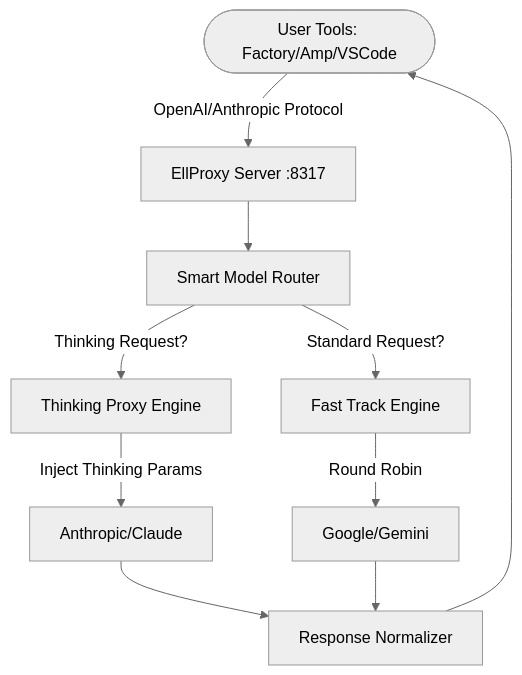
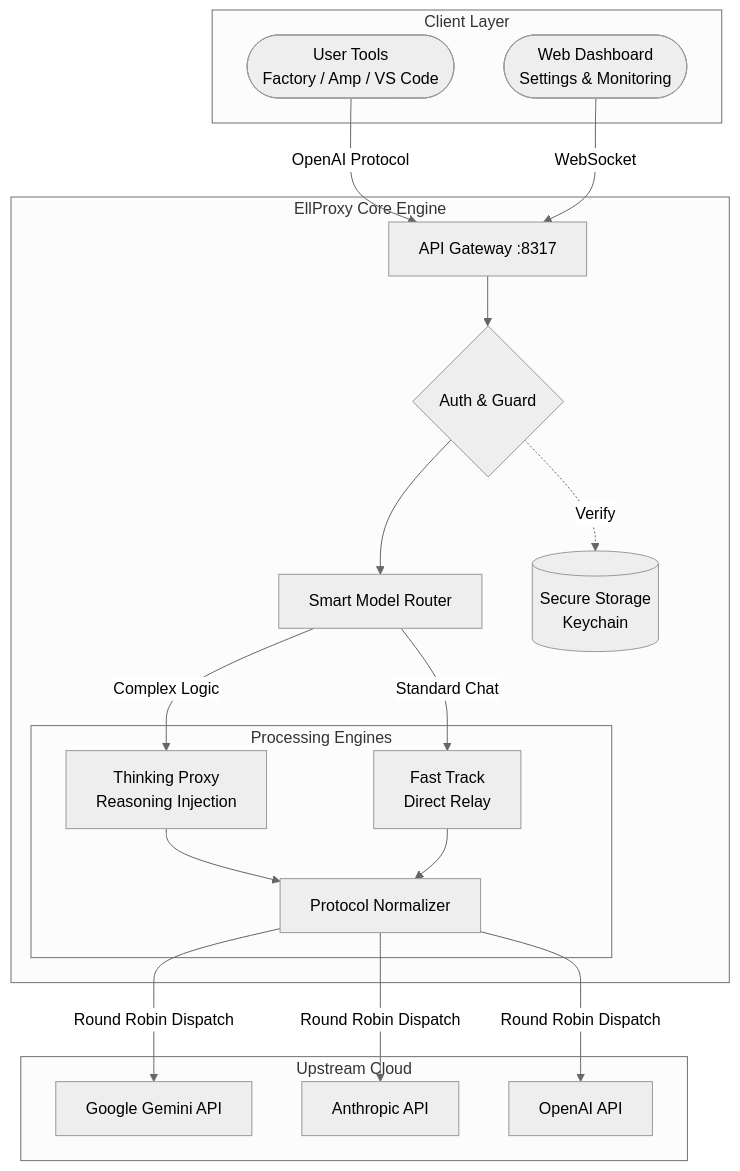
One commit to ellfarnaz/ellproxy changed the diagram in README.md. Above: the diagram before and after it, drawn with Mermaid (neutral theme).

Commit message:
docs: Enhance architecture diagram detail

````diff
--- a/README.md
+++ b/README.md
@@ -94,14 +94,40 @@
 ```mermaid
 graph TD
-    Client([User Tools: Factory/Amp/VSCode]) -->|OpenAI/Anthropic Protocol| Gateway[EllProxy Server :8317]
-    Gateway --> Router[Smart Model Router]
-    Router -->|Thinking Request?| ThinkingEngine[Thinking Proxy Engine]
-    Router -->|Standard Request?| FastTrack[Fast Track Engine]
+    subgraph ClientSide [Client Layer]
+        Tools([User Tools<br>Factory / Amp / VS Code])
+        Browser([Web Dashboard<br>Settings & Monitoring])
+    end
+
+    subgraph Core [EllProxy Core Engine]
+        Gateway[API Gateway :8317]
+        Auth{Auth & Guard}
+        Router[Smart Model Router]
+        
+        subgraph Engines [Processing Engines]
+            Thinking[Thinking Proxy<br>Reasoning Injection]
+            FastTrack[Fast Track<br>Direct Relay]
+            Normalizer[Protocol Normalizer]
+        end
+        
+        Store[(Secure Storage<br>Keychain)]
+    end
+
+    subgraph Providers [Upstream Cloud]
+        Google[Google Gemini API]
+        Anthropic[Anthropic API]
+        OpenAI[OpenAI API]
+    end
+
+    Tools -->|OpenAI Protocol| Gateway
+    Browser -->|WebSocket| Gateway
     
-    ThinkingEngine -->|Inject Thinking Params| ProviderA[Anthropic/Claude]
-    FastTrack -->|Round Robin| ProviderB[Google/Gemini]
+    Gateway --> Auth
+    Auth -.->|Verify| Store
+    Auth --> Router
     
-    ProviderA --> ResponseMapper[Response Normalizer]
-    ProviderB --> ResponseMapper
-    ResponseMapper --> Client
+    Router -->|Complex Logic| Thinking
+    Router -->|Standard Chat| FastTrack
+    
+    Thinking & FastTrack --> Normalizer
+    Normalizer -->|Round Robin Dispatch| Google & Anthropic & OpenAI
 ```
````
